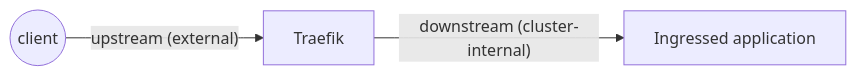
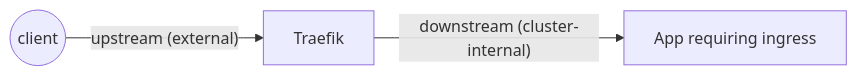
The diagram in docs/explanation/tls.md (canonical/traefik-k8s-operator), drawn with Mermaid before and after one commit. The commit also changed other lines of this file and 4 other files, not shown here.

````diff
--- a/docs/explanation/tls.md
+++ b/docs/explanation/tls.md
@@ -16,6 +16,6 @@
 ```{mermaid}
 flowchart LR
 
 client((client)) -->|"upstream (external)"| trfk[Traefik]
-trfk -->|"downstream (cluster-internal)"| app[Ingressed application]
+trfk -->|"downstream (cluster-internal)"| app[App requiring ingress]
 ```
````
